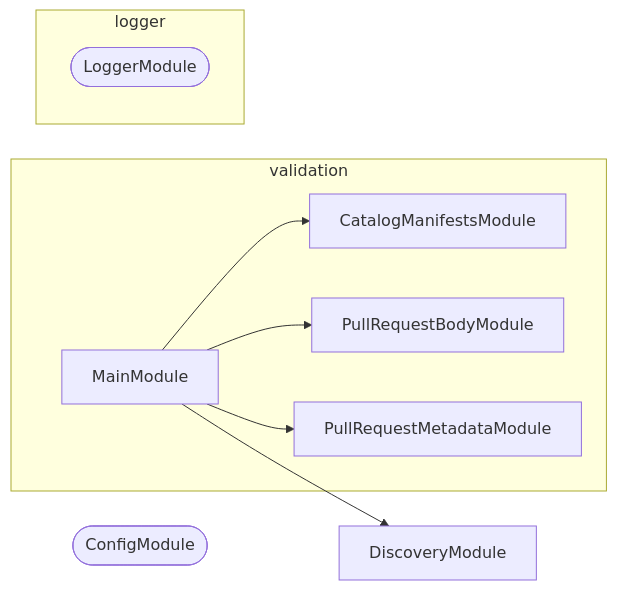
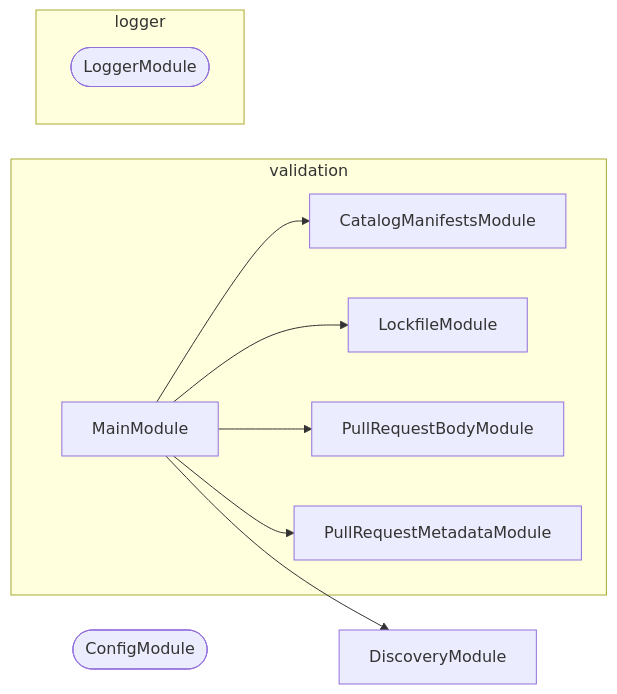
Before and after one commit to JimmyPaolini/codebase: the diagram in tools/validation/AGENTS.md, drawn with Mermaid. The commit also changed 17 other files, not shown here.

````diff
--- a/tools/validation/AGENTS.md
+++ b/tools/validation/AGENTS.md
@@ -86,18 +86,20 @@
 ```mermaid
 flowchart LR
   subgraph group0["validation"]
     CatalogManifestsModule
+    LockfileModule
     MainModule
     PullRequestBodyModule
     PullRequestMetadataModule
   end
   subgraph group1["logger"]
     LoggerModule([LoggerModule])
   end
   ConfigModule([ConfigModule])
   DiscoveryModule
   MainModule --> CatalogManifestsModule
   MainModule --> DiscoveryModule
+  MainModule --> LockfileModule
   MainModule --> PullRequestBodyModule
   MainModule --> PullRequestMetadataModule
 ```
````
